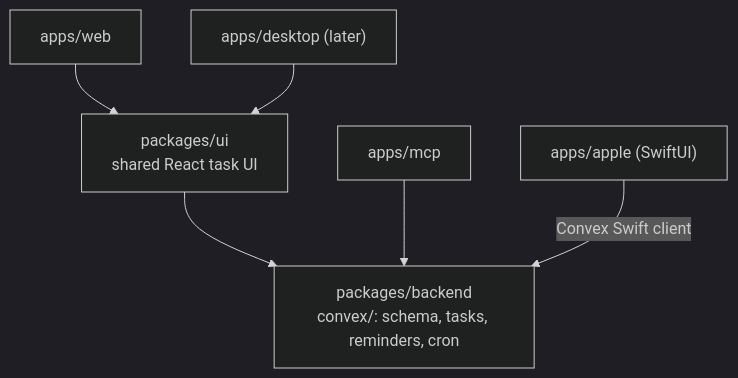
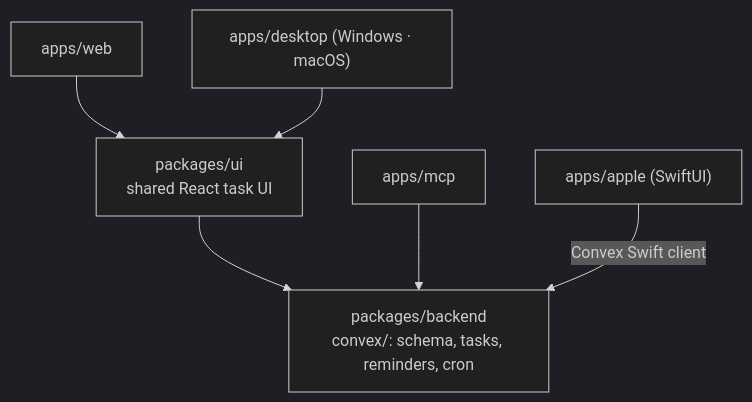
The second of 2 diagrams in docs/architecture.md (labdm/manager), drawn with Mermaid (dark theme) before and after one commit. The commit also changed other lines of this file and 96 other files, not shown here.

````diff
--- a/docs/architecture.md
+++ b/docs/architecture.md
@@ -41,10 +41,10 @@
 ```mermaid
 flowchart TB
   BACKEND["packages/backend<br/>convex/: schema, tasks, reminders, cron"]
   UI["packages/ui<br/>shared React task UI"]
   WEB["apps/web"] --> UI
-  DESK["apps/desktop (later)"] --> UI
+  DESK["apps/desktop (Windows · macOS)"] --> UI
   UI --> BACKEND
   MCPAPP["apps/mcp"] --> BACKEND
   APPLE["apps/apple (SwiftUI)"] -- "Convex Swift client" --> BACKEND
 ```
````
